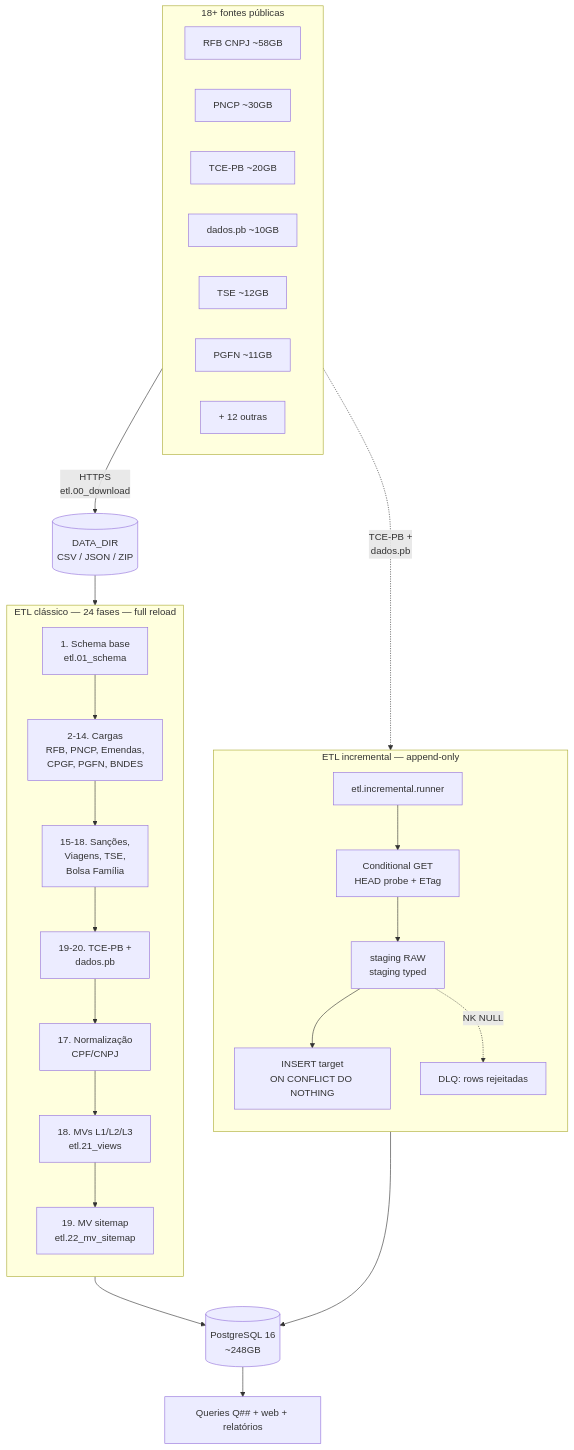
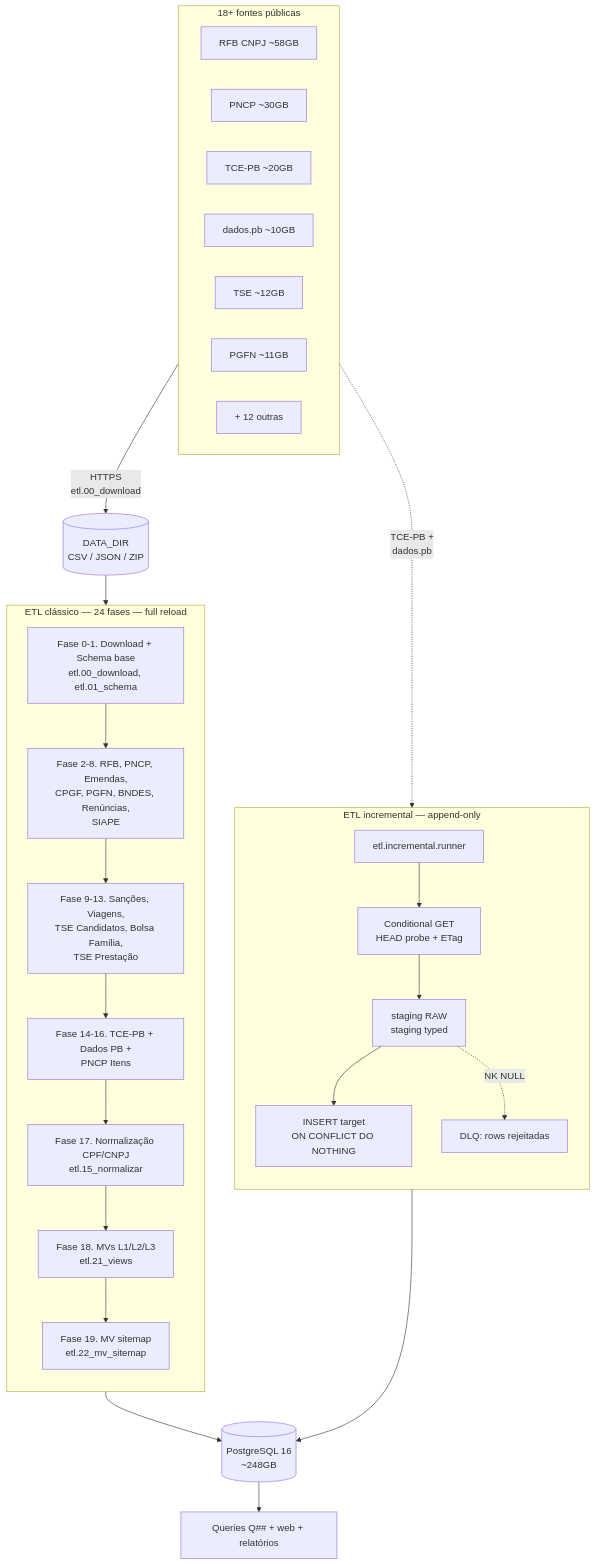
The second of 7 diagrams in docs/architecture.md (lucasdiniz/govbr-cruza-dados), drawn with Mermaid before and after one commit. The commit also changed other lines of this file and 5 other files, not shown here.

````diff
--- a/docs/architecture.md
+++ b/docs/architecture.md
@@ -42,49 +42,49 @@
 ```mermaid
 flowchart TB
     subgraph SOURCES[18+ fontes públicas]
         direction LR
         S1[RFB CNPJ ~58GB]
         S2[PNCP ~30GB]
         S3[TCE-PB ~20GB]
         S4[dados.pb ~10GB]
         S5[TSE ~12GB]
         S6[PGFN ~11GB]
         S7[+ 12 outras]
     end
 
     SOURCES -->|HTTPS<br/>etl.00_download| RAW[(DATA_DIR<br/>CSV / JSON / ZIP)]
 
     subgraph CLASSIC[ETL clássico — 24 fases — full reload]
         direction TB
-        P1[1. Schema base<br/>etl.01_schema]
-        P2[2-14. Cargas<br/>RFB, PNCP, Emendas,<br/>CPGF, PGFN, BNDES]
-        P3[15-18. Sanções,<br/>Viagens, TSE,<br/>Bolsa Família]
-        P4[19-20. TCE-PB +<br/>dados.pb]
-        P5[17. Normalização<br/>CPF/CNPJ]
-        P6[18. MVs L1/L2/L3<br/>etl.21_views]
-        P7[19. MV sitemap<br/>etl.22_mv_sitemap]
+        P1[Fase 0-1. Download + Schema base<br/>etl.00_download, etl.01_schema]
+        P2[Fase 2-8. RFB, PNCP, Emendas,<br/>CPGF, PGFN, BNDES, Renúncias,<br/>SIAPE]
+        P3[Fase 9-13. Sanções, Viagens,<br/>TSE Candidatos, Bolsa Família,<br/>TSE Prestação]
+        P4[Fase 14-16. TCE-PB + Dados PB +<br/>PNCP Itens]
+        P5[Fase 17. Normalização CPF/CNPJ<br/>etl.15_normalizar]
+        P6[Fase 18. MVs L1/L2/L3<br/>etl.21_views]
+        P7[Fase 19. MV sitemap<br/>etl.22_mv_sitemap]
 
         P1 --> P2 --> P3 --> P4 --> P5 --> P6 --> P7
     end
 
     RAW --> CLASSIC
 
     subgraph INCREMENTAL[ETL incremental — append-only]
         direction TB
         I1[etl.incremental.runner]
         I2[Conditional GET<br/>HEAD probe + ETag]
         I3[staging RAW<br/>staging typed]
         I4[INSERT target<br/>ON CONFLICT DO NOTHING]
         I5[DLQ: rows rejeitadas]
 
         I1 --> I2 --> I3 --> I4
         I3 -.->|NK NULL| I5
     end
 
     SOURCES -.->|TCE-PB +<br/>dados.pb| INCREMENTAL
 
     CLASSIC --> DB[(PostgreSQL 16<br/>~248GB)]
     INCREMENTAL --> DB
 
     DB --> CONSUMERS[Queries Q## + web + relatórios]
 ```
````
